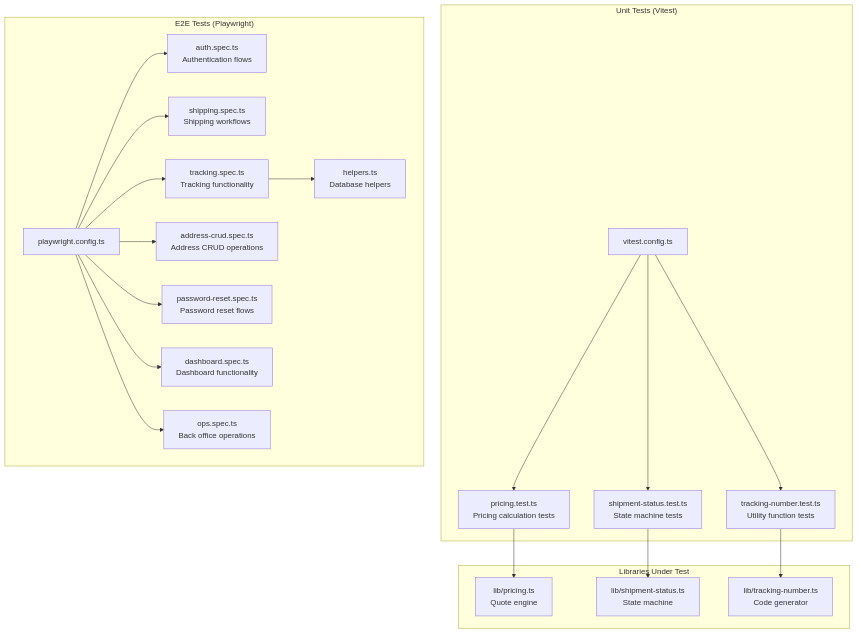
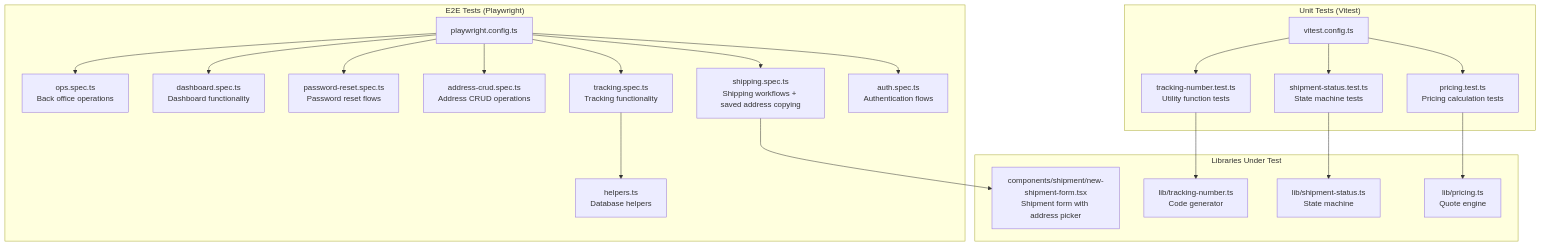
One commit to gyamposudodzi/Timberland changed the first of 8 diagrams in .qoder/repowiki/en/content/Testing Guide.md. Above: the diagram before and after it, drawn with Mermaid. The commit also changed other lines of this file and 28 other files, not shown here.

First line of the commit message:
feat(address): enhance shipment workflow with saved address copying and management

````diff
--- a/.qoder/repowiki/en/content/Testing Guide.md
+++ b/.qoder/repowiki/en/content/Testing Guide.md
@@ -54,39 +56,41 @@
 ```mermaid
 graph TB
 subgraph "Unit Tests (Vitest)"
 VT["vitest.config.ts"]
 TP["pricing.test.ts<br/>Pricing calculation tests"]
 TS["shipment-status.test.ts<br/>State machine tests"]
 TN["tracking-number.test.ts<br/>Utility function tests"]
 end
 subgraph "E2E Tests (Playwright)"
 PW["playwright.config.ts"]
 EA["auth.spec.ts<br/>Authentication flows"]
-ES["shipping.spec.ts<br/>Shipping workflows"]
+ES["shipping.spec.ts<br/>Shipping workflows + saved address copying"]
 ET["tracking.spec.ts<br/>Tracking functionality"]
 ECRUD["address-crud.spec.ts<br/>Address CRUD operations"]
 EPW["password-reset.spec.ts<br/>Password reset flows"]
 EDS["dashboard.spec.ts<br/>Dashboard functionality"]
 EOPS["ops.spec.ts<br/>Back office operations"]
 EH["helpers.ts<br/>Database helpers"]
 end
 subgraph "Libraries Under Test"
 LP["lib/pricing.ts<br/>Quote engine"]
 LS["lib/shipment-status.ts<br/>State machine"]
 LN["lib/tracking-number.ts<br/>Code generator"]
+NSF["components/shipment/new-shipment-form.tsx<br/>Shipment form with address picker"]
 end
 VT --> TP
 VT --> TS
 VT --> TN
 PW --> EA
 PW --> ES
 PW --> ET
 PW --> ECRUD
 PW --> EPW
 PW --> EDS
 PW --> EOPS
 TP --> LP
 TS --> LS
 TN --> LN
 ET --> EH
+ES --> NSF
 ```
````
